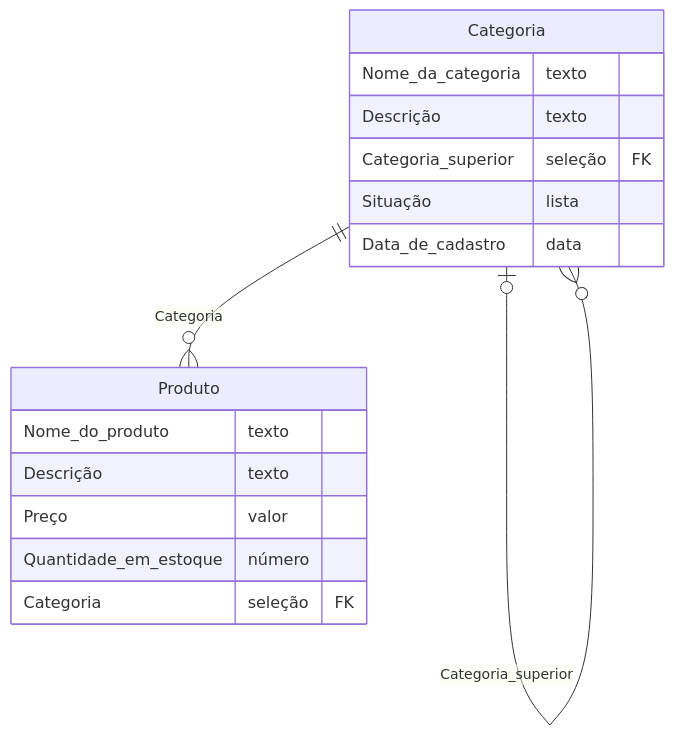
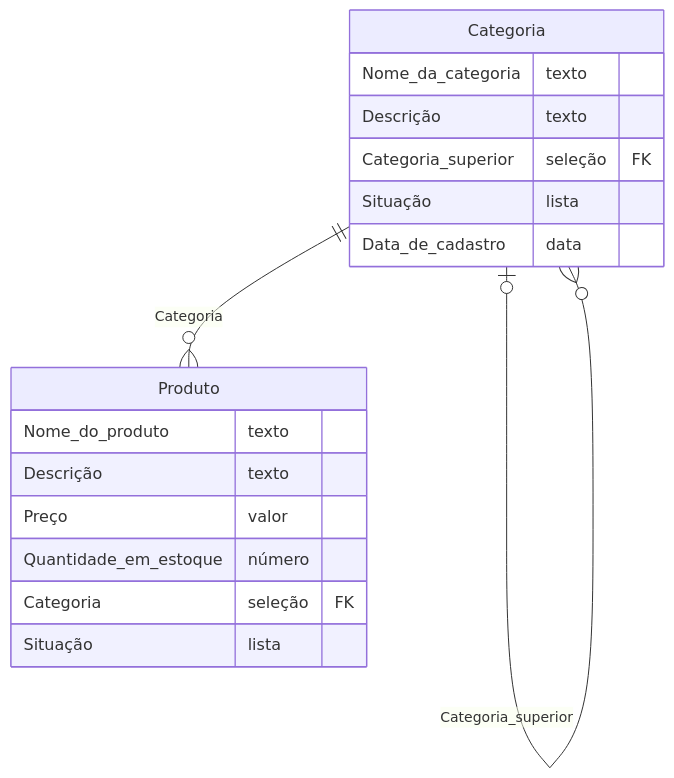
One commit to andromarcio/loja-acme-simulacao changed the second of 4 diagrams in global/DIAGRAMA-ER.md. Above: the diagram before and after it, drawn with Mermaid. The commit also changed 1 other file, not shown here.

Commit message:
STRY0013150: acrescenta a Situação ao Produto no modelo de entidades

````diff
--- a/global/DIAGRAMA-ER.md
+++ b/global/DIAGRAMA-ER.md
@@ -28,19 +28,20 @@
 ```mermaid
 erDiagram
   Categoria {
     Nome_da_categoria texto
     Descrição texto
     Categoria_superior seleção FK
     Situação lista
     Data_de_cadastro data
   }
   Produto {
     Nome_do_produto texto
     Descrição texto
     Preço valor
     Quantidade_em_estoque número
     Categoria seleção FK
+    Situação lista
   }
   Categoria |o--o{ Categoria : "Categoria_superior"
   Categoria ||--o{ Produto : "Categoria"
 ```
````
